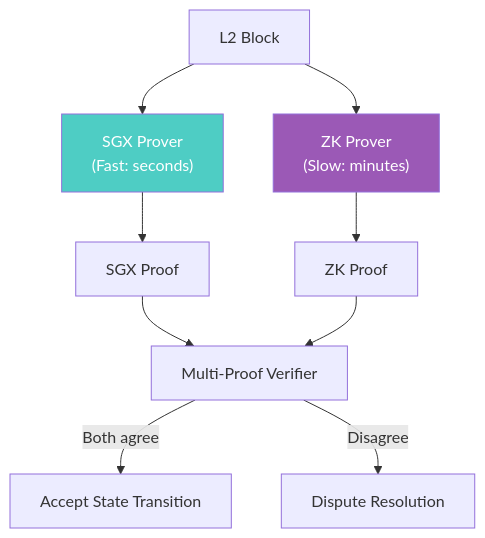
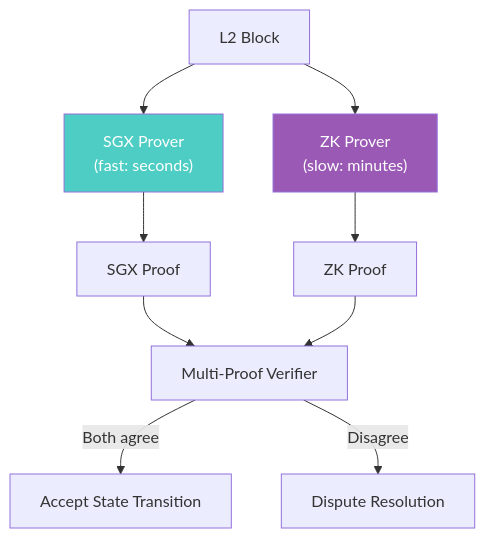
Before and after one commit to V-k-h/roots-of-trust: the fifth of 14 diagrams in posts/05-real-world-case-studies.md, drawn with Mermaid. The commit also changed other lines of this file, not shown here.

````diff
--- a/posts/05-real-world-case-studies.md
+++ b/posts/05-real-world-case-studies.md
@@ -205,17 +206,17 @@
 ```mermaid
 flowchart TD
-    Block[L2 Block] --> SGX_Prover["SGX Prover\n(Fast: seconds)"]
-    Block --> ZK_Prover["ZK Prover\n(Slow: minutes)"]
+    Block["L2 Block"] --> SGXProver["SGX Prover<br>(fast: seconds)"]
+    Block --> ZKProver["ZK Prover<br>(slow: minutes)"]
     
-    SGX_Prover --> SGX_Proof[SGX Proof]
-    ZK_Prover --> ZK_Proof[ZK Proof]
+    SGXProver --> SGXProof["SGX Proof"]
+    ZKProver --> ZKProof["ZK Proof"]
     
-    SGX_Proof --> Verifier[Multi-Proof Verifier]
-    ZK_Proof --> Verifier
+    SGXProof --> Verifier["Multi-Proof Verifier"]
+    ZKProof --> Verifier
     
-    Verifier -->|Both agree| Accept[Accept State Transition]
-    Verifier -->|Disagree| Dispute[Dispute Resolution]
+    Verifier -->|Both agree| Accept["Accept State Transition"]
+    Verifier -->|Disagree| Dispute["Dispute Resolution"]
     
-    style SGX_Prover fill:#4ecdc4,color:#fff
-    style ZK_Prover fill:#9b59b6,color:#fff
+    style SGXProver fill:#4ecdc4,color:#fff
+    style ZKProver fill:#9b59b6,color:#fff
 ```
````
